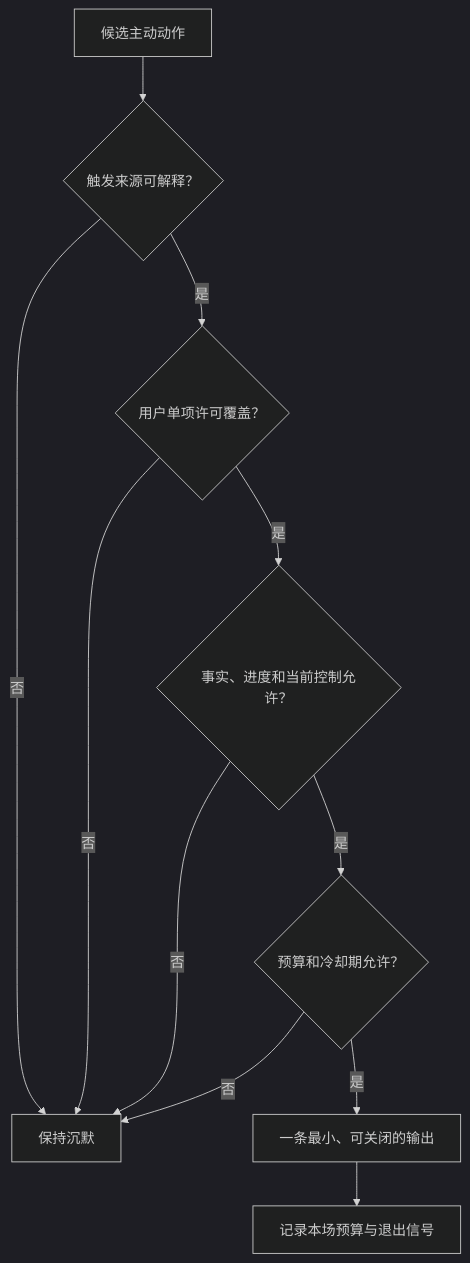
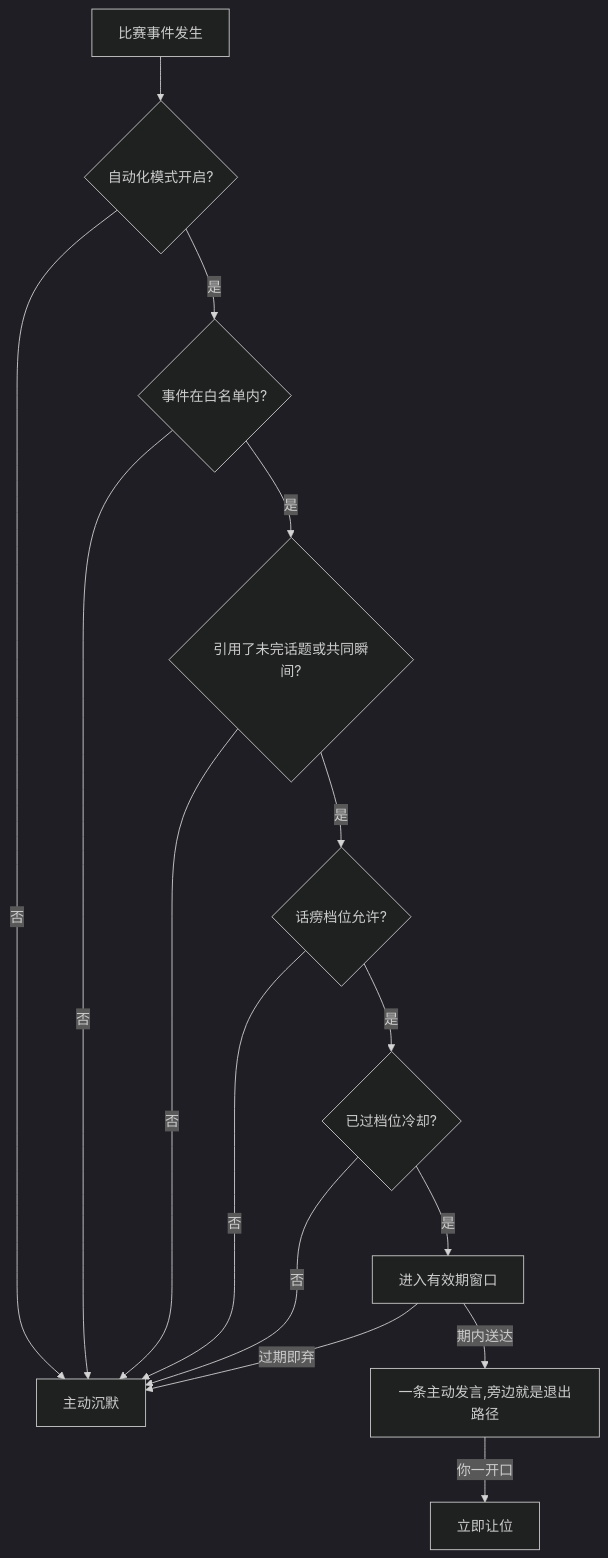
The diagram in docs/球球全套资料/4.产品设计/31-主动发言、主动沉默与话痨控制设计.md (weiz98417-crypto/qiuqiu), drawn with Mermaid (dark theme) before and after one commit. The commit also changed other lines of this file and 49 other files, not shown here.

````diff
--- a/docs/球球全套资料/4.产品设计/31-主动发言、主动沉默与话痨控制设计.md
+++ b/docs/球球全套资料/4.产品设计/31-主动发言、主动沉默与话痨控制设计.md
@@ -99,13 +91,17 @@
 ```mermaid
 flowchart TD
-    A[候选主动动作] --> B{触发来源可解释？}
-    B -->|否| X[保持沉默]
-    B -->|是| C{用户单项许可覆盖？}
+    A[比赛事件发生] --> B{自动化模式开启?}
+    B -->|否| X[主动沉默]
+    B -->|是| C{事件在白名单内?}
     C -->|否| X
-    C -->|是| D{事实、进度和当前控制允许？}
+    C -->|是| D{引用了未完话题或共同瞬间?}
     D -->|否| X
-    D -->|是| E{预算和冷却期允许？}
+    D -->|是| E{话痨档位允许?}
     E -->|否| X
-    E -->|是| F[一条最小、可关闭的输出]
-    F --> G[记录本场预算与退出信号]
+    E -->|是| F{已过档位冷却?}
+    F -->|否| X
+    F -->|是| G[进入有效期窗口]
+    G -->|期内送达| H[一条主动发言,旁边就是退出路径]
+    G -->|过期即弃| X
+    H -->|你一开口| I[立即让位]
 ```
````
